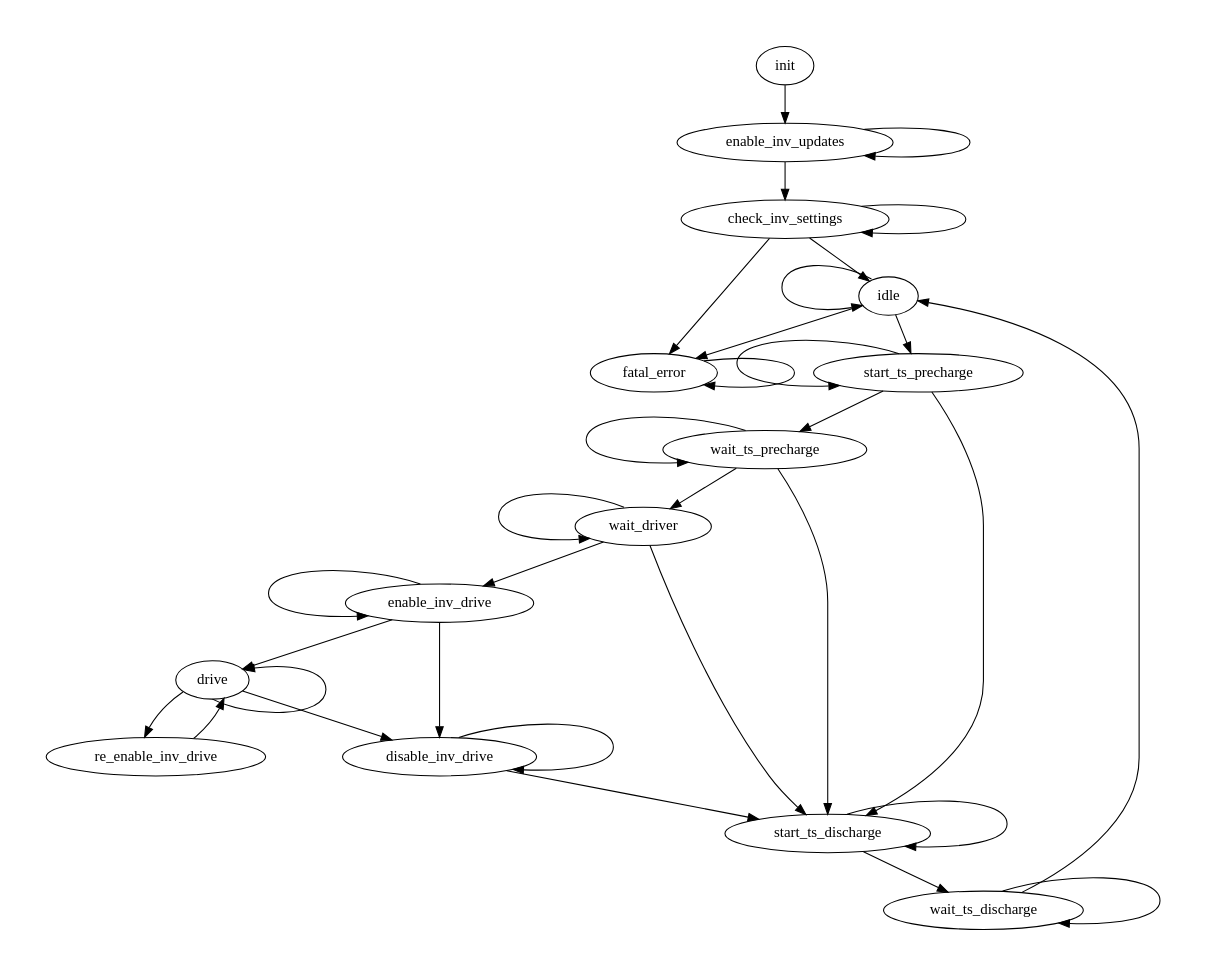
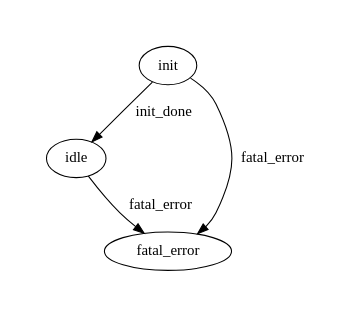
Before and after one commit to eagletrt/fenice-evo-das-sw: the diagram in assets/fsm.dot, drawn with Graphviz. The commit also changed 52 other files, not shown here.

```diff
--- a/assets/fsm.dot
+++ b/assets/fsm.dot
@@ -1,75 +1,22 @@
-digraph "vehicle_fsm" {
+digraph "das_fsm" {
     graph [pad="0.5", nodesep="1", ranksep="0.5"]
     margin=0
     layout=dot
     node [shape=oval]
 
     init
-    enable_inv_updates
-    check_inv_settings
     idle
     fatal_error
-    start_ts_precharge
-    wait_ts_precharge
-    wait_driver
-    enable_inv_drive
-    re_enable_inv_drive
-    drive
-    disable_inv_drive
-    start_ts_discharge
-    wait_ts_discharge
 
     # Uncomment for nice drawing, comment for gv_fsm generation
     # { rank=source;init; }
     # { rank=same;idle;fatal_error; }
     # { rank=same;start_ts_precharge;wait_ts_discharge; }
     # { rank=same;wait_ts_precharge;start_ts_discharge; }
     # { rank=same;enable_inv_drive;disable_inv_drive; }
     # { rank=sink;drive; }
 
-    init -> enable_inv_updates
-
-    enable_inv_updates -> enable_inv_updates
-    enable_inv_updates -> check_inv_settings
-
-    check_inv_settings -> check_inv_settings
-    check_inv_settings -> idle
-    check_inv_settings -> fatal_error
-
-    fatal_error -> fatal_error
-
-    idle:nw -> idle
-    idle -> fatal_error
-    idle -> start_ts_precharge
-
-    start_ts_precharge:nw -> start_ts_precharge
-    start_ts_precharge -> wait_ts_precharge
-    start_ts_precharge -> start_ts_discharge
-
-    wait_ts_precharge:nw -> wait_ts_precharge
-    wait_ts_precharge -> wait_driver
-    wait_ts_precharge -> start_ts_discharge
-
-    wait_driver:nw -> wait_driver
-    wait_driver -> enable_inv_drive
-    wait_driver -> start_ts_discharge
-
-    enable_inv_drive:nw -> enable_inv_drive
-    enable_inv_drive -> drive
-    enable_inv_drive -> disable_inv_drive
-
-    drive:s -> drive
-    drive -> disable_inv_drive
-    drive -> re_enable_inv_drive
-
-    re_enable_inv_drive -> drive
-
-    disable_inv_drive:ne -> disable_inv_drive
-    disable_inv_drive -> start_ts_discharge
-
-    start_ts_discharge:ne -> start_ts_discharge
-    start_ts_discharge -> wait_ts_discharge
-
-    wait_ts_discharge:ne -> wait_ts_discharge
-    wait_ts_discharge -> idle
+    init -> idle [label="init_done"]
+    idle -> fatal_error [label="fatal_error"]
+    init -> fatal_error [label="fatal_error"]
 }
```
